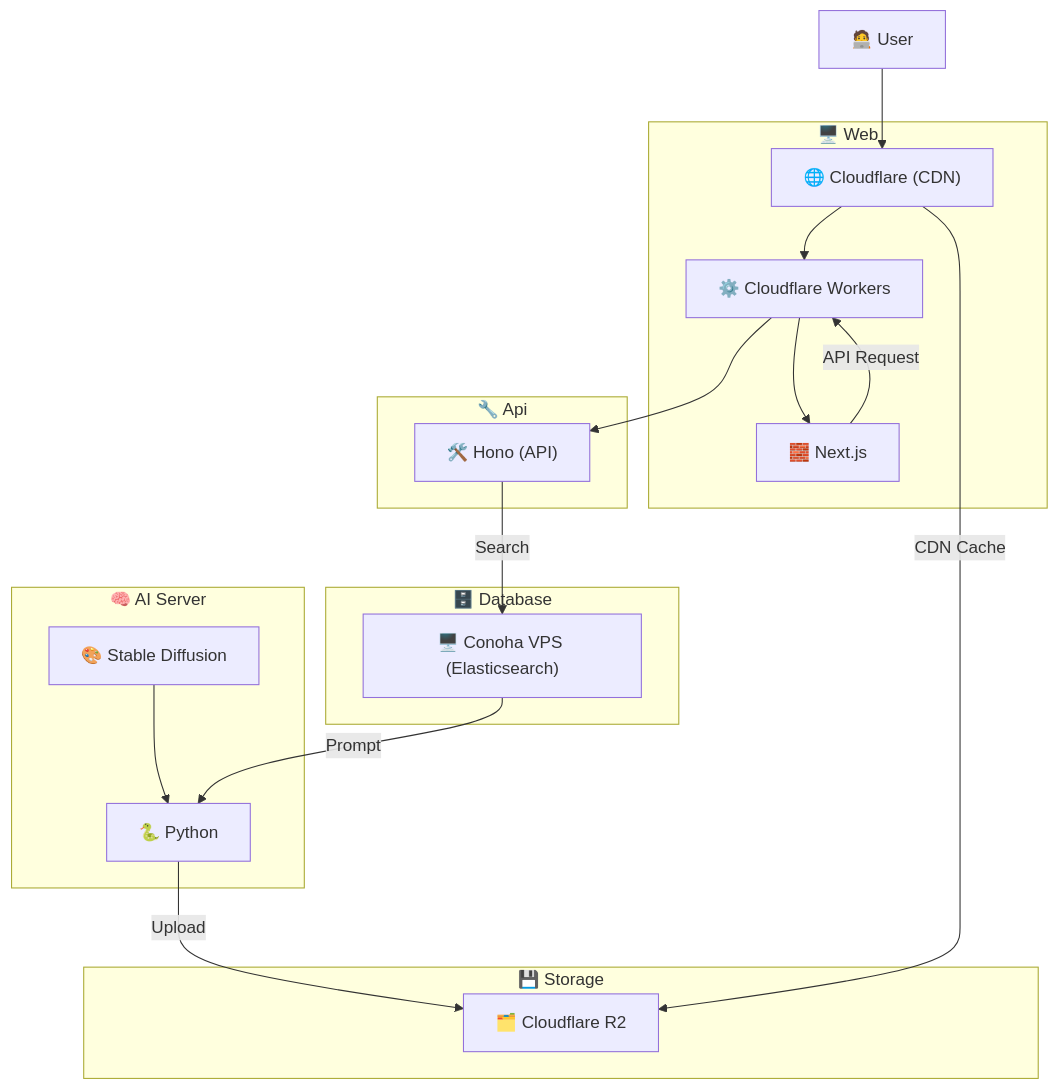
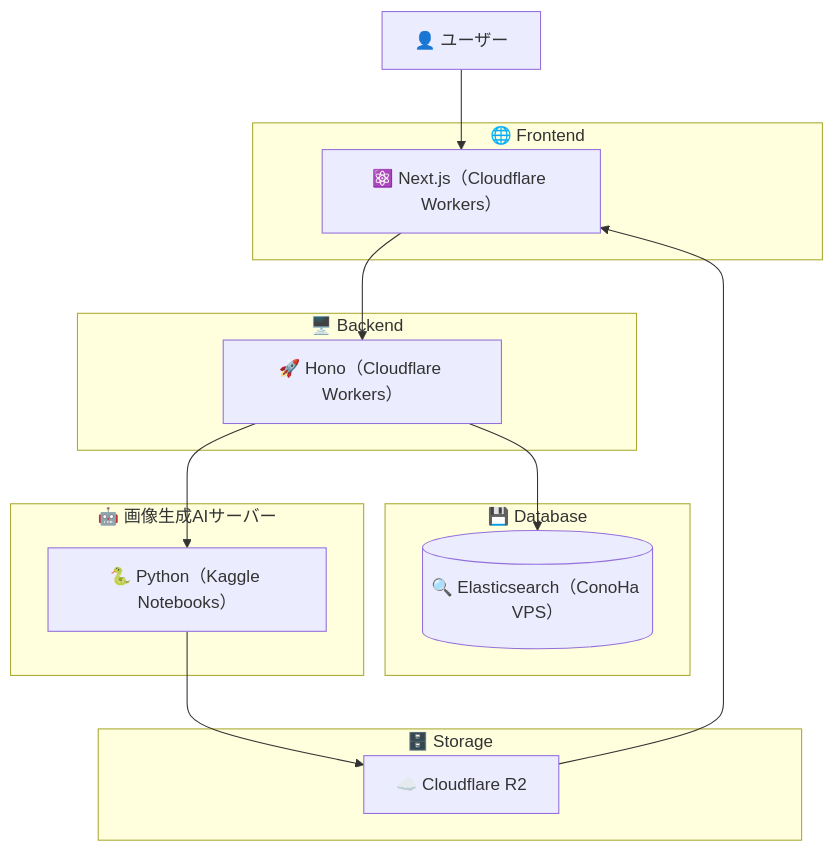
One commit to LAHYL/concept changed the diagram in README.md. Above: the diagram before and after it, drawn with Mermaid. The commit also changed other lines of this file, not shown here.

Commit message:
アーキテクチャを変更

````diff
--- a/README.md
+++ b/README.md
@@ -24,49 +24,32 @@
 ```mermaid
 graph TD
+    U[👤 ユーザー]
 
-  %% ==== User ====
-  User["🧑‍💻 User"]
-  User --> CF
+    subgraph Frontend["🌐 Frontend"]
+        FE[⚛️ Next.js（Cloudflare Workers）]
+    end
 
-  %% ==== Frontend ====
-  subgraph "🖥️ Web"
-    CF["🌐 Cloudflare (CDN)"]
-    Workers["📄 Cloudflare Workers (SSR)"]
-    Framework["🧱 Next.js"]
-    CF --> Workers
-    Workers --> Framework
-  end
+    subgraph Backend["🖥️ Backend"]
+        BE[🚀 Hono（Cloudflare Workers）]
+    end
 
-  %% ==== Backend ====
-  subgraph "🔧 Api"
-    Workers["⚙️ Cloudflare Workers"]
-    Hono["🛠️ Hono (API)"]
-    Framework -->|API Request| Workers
-    Workers --> Hono
-  end
+    subgraph Database["💾 Database"]
+        DB[(🔍 Elasticsearch（ConoHa VPS）)]
+    end
 
-  %% ==== DB ====
-  subgraph "🗄️ Database"
-    ESNode["🖥️ Conoha VPS (Elasticsearch)"]
-  end
+    subgraph AI["🤖 画像生成AIサーバー"]
+        PY[🐍 Python（Kaggle Notebooks）]
+    end
 
-  Hono -->|"Search"| ESNode
+    subgraph Storage["🗄️ Storage"]
+        ST[☁️ Cloudflare R2]
+    end
 
-  %% ==== Storage ====
-  subgraph "💾 Storage"
-    R2["🗂️ Cloudflare R2"]
-  end
-
-  %% ==== AI ====
-  subgraph "🧠 AI Server"
-    SD["🎨 Stable Diffusion"]
-    Python["🐍 Python"]
-    SD --> Python
-  end
-
-  ESNode -->|Prompt| Python
-  Python -->|Upload| R2
-
-  %% CDN - R2 Cache
-  CF -->|CDN Cache| R2
+    %% Connections
+    U --> FE
+    FE --> BE
+    BE --> DB
+    ST --> FE
+    BE --> PY
+    PY --> ST
 ```
````
